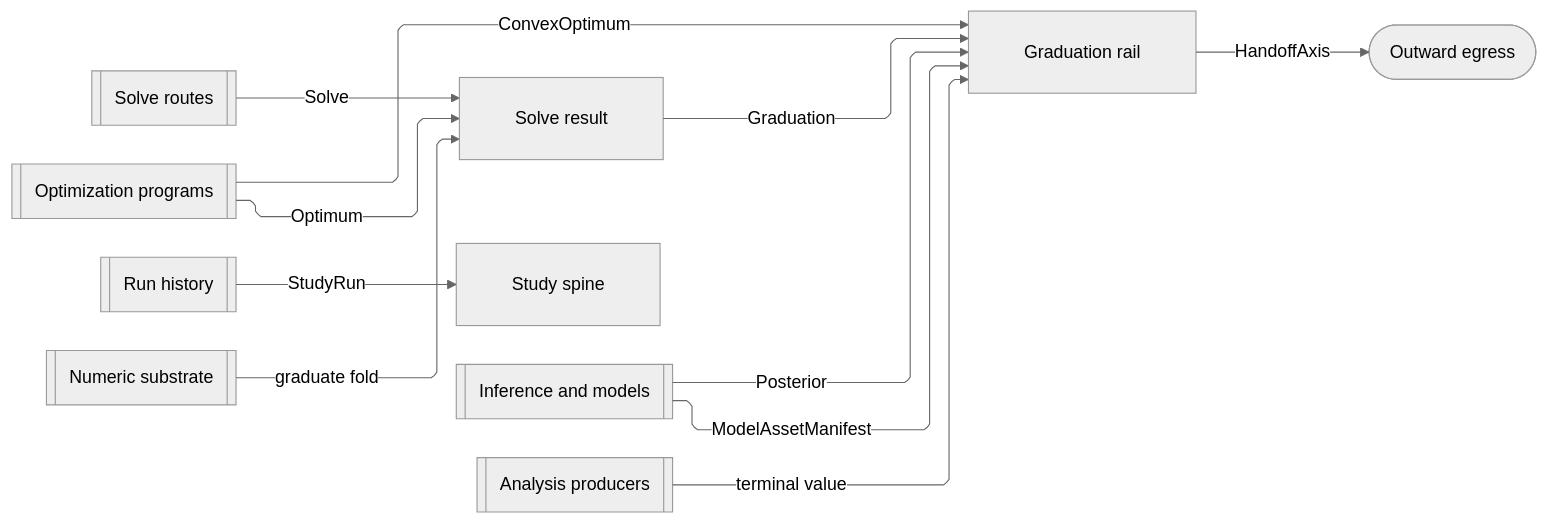
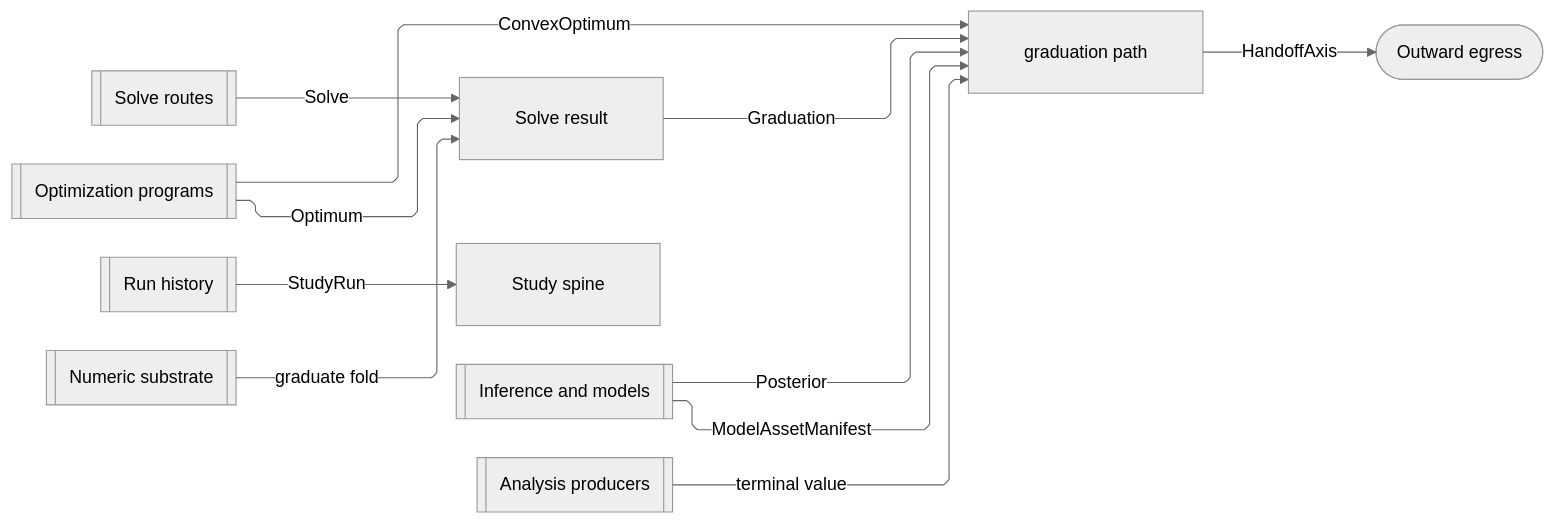
Before and after one commit to bsamiee/Rasm: the third of 3 diagrams in libs/python/compute/ARCHITECTURE.md, drawn with Mermaid (neutral theme). The commit also changed other lines of this file and 1997 other files, not shown here.

````diff
--- a/libs/python/compute/ARCHITECTURE.md
+++ b/libs/python/compute/ARCHITECTURE.md
@@ -149,22 +149,22 @@
 ```mermaid
 ---
 config:
   layout: elk
   flowchart:
     curve: linear
     padding: 25
 ---
 flowchart LR
     accTitle: Compute internal result spine
-    accDescr: Numeric-science sub-domains fold solve results and graduating axis evidence onto the single graduation rail crossing outward.
+    accDescr: Numeric-science sub-domains fold solve results and graduating axis evidence onto the single graduation path crossing outward.
     SolveRoutes[[Solve routes]] e1@-->|"Solve"| SolveResult[Solve result]
     Optimization[[Optimization programs]] e2@-->|"Optimum"| SolveResult
-    Optimization e3@-->|"ConvexOptimum"| Handoff[Graduation rail]
+    Optimization e3@-->|"ConvexOptimum"| Handoff[graduation path]
     History[[Run history]] e4@-->|"StudyRun"| Study[Study spine]
     Experiments[[Inference and models]] e5@-->|"Posterior"| Handoff
     Experiments e6@-->|"ModelAssetManifest"| Handoff
     Numerics[[Numeric substrate]] e7@-->|"graduate fold"| SolveResult
     SolveResult e8@-->|"Graduation"| Handoff
     Analysis[[Analysis producers]] e9@-->|"terminal value"| Handoff
     Handoff e10@-->|"HandoffAxis"| Out([Outward egress])
 ```
````
